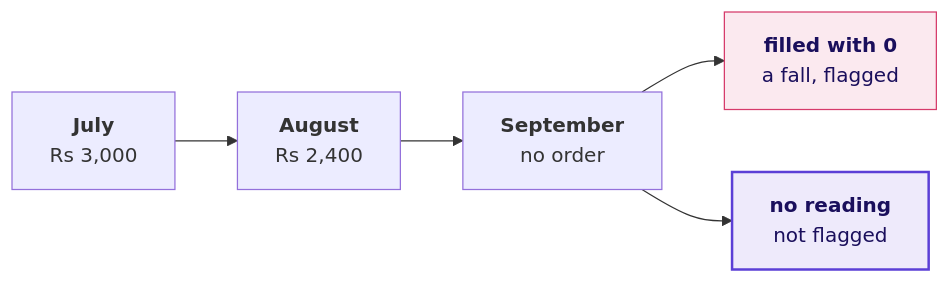
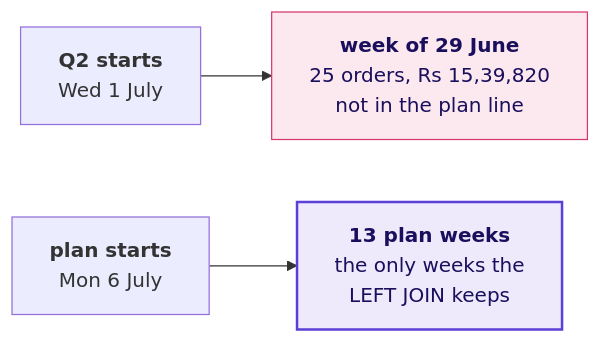
Before and after one commit to fde-academy-lab/c2-content-factory: diagram 19 of 20 in content/W02/D3/slides/C2_W02_D03_half1_STUDENT.md, drawn with Mermaid. The commit also changed other lines of this file and 3 other files, not shown here.

````diff
--- a/content/W02/D3/slides/C2_W02_D03_half1_STUDENT.md
+++ b/content/W02/D3/slides/C2_W02_D03_half1_STUDENT.md
@@ -852,11 +1467,9 @@
 ```mermaid
 flowchart LR
-    J["<b>July</b><br/>Rs 3,000"] --> A["<b>August</b><br/>Rs 2,400"]
-    A --> S["<b>September</b><br/>no order"]
-    S --> Z["<b>filled with 0</b><br/>a fall, flagged"]
-    S --> N["<b>no reading</b><br/>not flagged"]
+    Q["<b>Q2 starts</b><br/>Wed 1 July"] --> J["<b>week of 29 June</b><br/>25 orders, Rs 15,39,820<br/>not in the plan line"]
+    P["<b>plan starts</b><br/>Mon 6 July"] --> K["<b>13 plan weeks</b><br/>the only weeks the<br/>LEFT JOIN keeps"]
     classDef bad fill:#FBE9EF,stroke:#D63A6A,color:#1A0F5C
     classDef known fill:#EEEAFB,stroke:#5B3FD6,color:#1A0F5C,stroke-width:2px
-    class Z bad
-    class N known
+    class J bad
+    class K known
 ```
````
